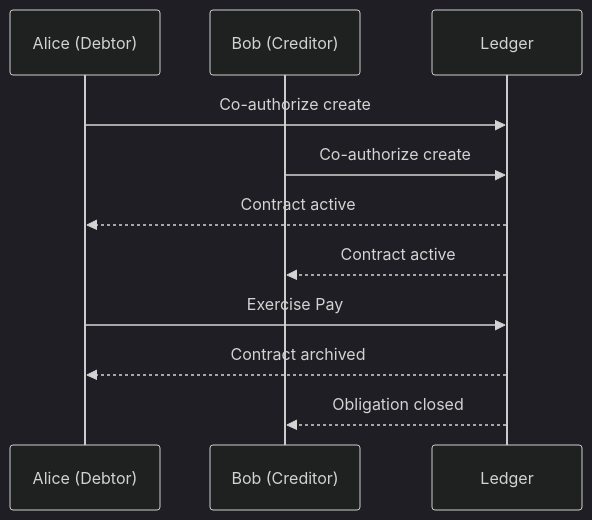
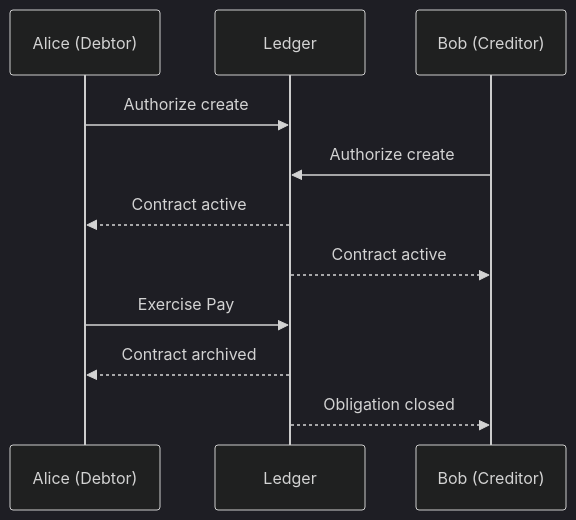
Before and after one commit to crisog/daml: the diagram in docs/content/docs/creating-your-first-daml-smart-contract.mdx, drawn with Mermaid (dark theme).

Commit message:
docs: update sequence diagram for contract creation process

````diff
--- a/docs/content/docs/creating-your-first-daml-smart-contract.mdx
+++ b/docs/content/docs/creating-your-first-daml-smart-contract.mdx
@@ -21,14 +21,14 @@
 ```mermaid
 sequenceDiagram
   participant A as Alice (Debtor)
+  participant L as Ledger
   participant B as Bob (Creditor)
-  participant L as Ledger
 
-  A->>L: Co-authorize create
-  B->>L: Co-authorize create
+  A->>L: Authorize create
+  B->>L: Authorize create
   L-->>A: Contract active
   L-->>B: Contract active
   A->>L: Exercise Pay
   L-->>A: Contract archived
   L-->>B: Obligation closed
 ```
````
